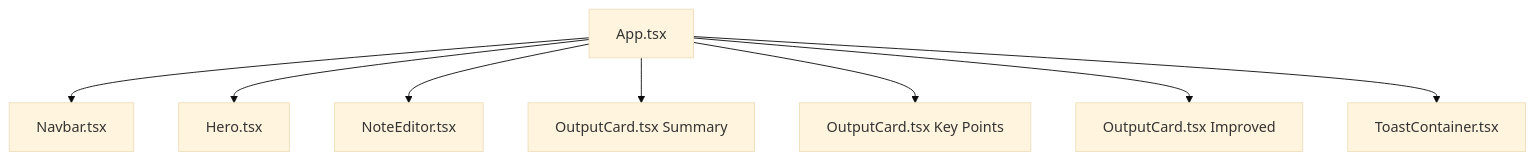
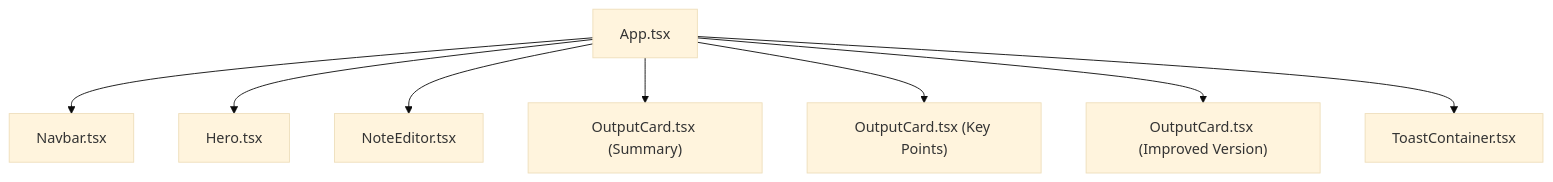
The third of 7 diagrams in README.md (tanush326k/Smartnotes), drawn with Mermaid (base theme) before and after one commit. The commit also changed other lines of this file, not shown here.

Commit message:
docs: Fix Mermaid syntax to render perfectly on GitHub

````diff
--- a/README.md
+++ b/README.md
@@ -123,10 +119,10 @@
 ```mermaid
 graph TD
-    App[App.tsx] --> Navbar[Navbar.tsx]
-    App --> Hero[Hero.tsx]
-    App --> NoteEditor[NoteEditor.tsx]
-    App --> OutputCard[OutputCard.tsx Summary]
-    App --> OutputCard2[OutputCard.tsx Key Points]
-    App --> OutputCard3[OutputCard.tsx Improved]
-    App --> ToastContainer[ToastContainer.tsx]
+    App["App.tsx"] --> Navbar["Navbar.tsx"]
+    App --> Hero["Hero.tsx"]
+    App --> NoteEditor["NoteEditor.tsx"]
+    App --> OutputCard1["OutputCard.tsx (Summary)"]
+    App --> OutputCard2["OutputCard.tsx (Key Points)"]
+    App --> OutputCard3["OutputCard.tsx (Improved Version)"]
+    App --> ToastContainer["ToastContainer.tsx"]
 ```
````
